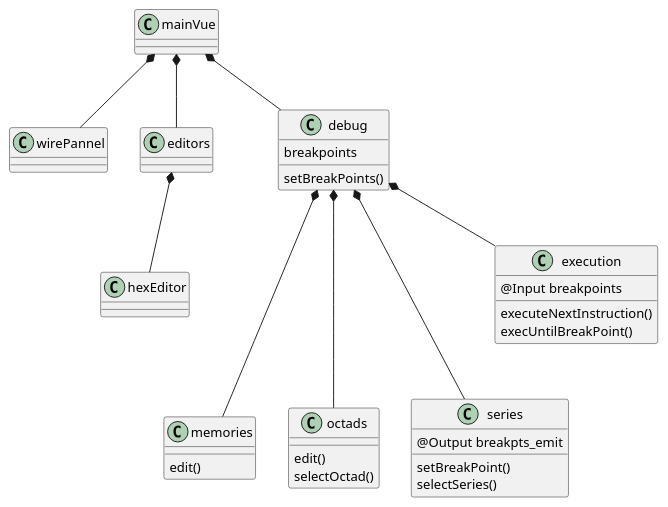
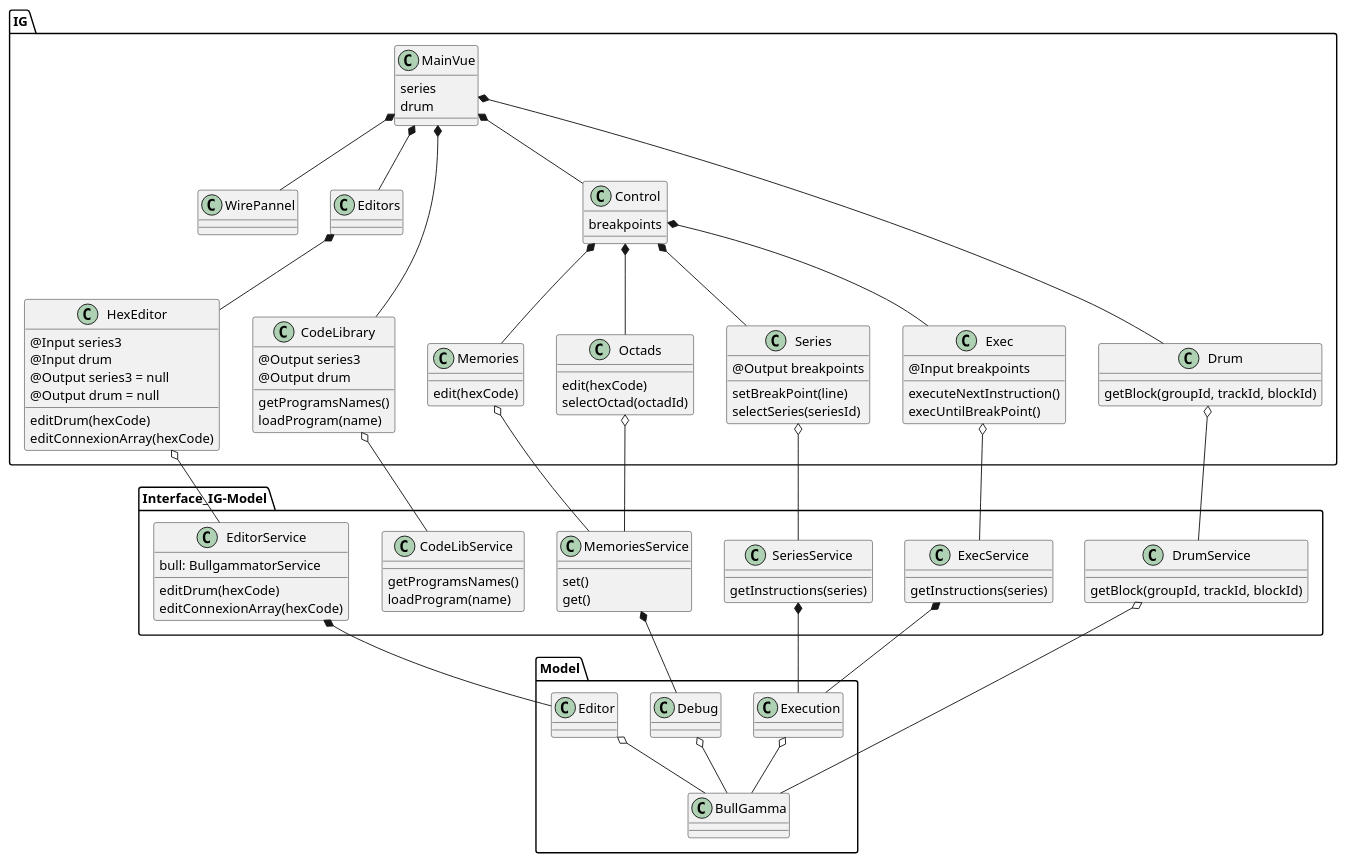
Before and after one commit to lutrampal/bullgammator: the diagram in docs/UI_archi.puml, drawn with PlantUML. The commit also changed 8 other files, not shown here.

```diff
--- a/docs/UI_archi.puml
+++ b/docs/UI_archi.puml
@@ -1,47 +1,127 @@
 @startuml
-class mainVue {
+
+package IG {
+	class MainVue {
+		series
+		drum
+	}
+
+	class WirePannel {
+	}
+	MainVue *-- WirePannel
+
+	class Editors {
+	}
+	MainVue *-- Editors
+
+	class HexEditor {
+		@Input series3
+		@Input drum
+		@Output series3 = null
+		@Output drum = null
+		editDrum(hexCode)
+		editConnexionArray(hexCode)
+	}
+	Editors *-- HexEditor
+
+	class CodeLibrary {
+		@Output series3
+		@Output drum
+		getProgramsNames()
+		loadProgram(name)
+	}
+	MainVue *--- CodeLibrary
+
+	class Control {
+		breakpoints
+	}
+	MainVue *-- Control
+
+	class Memories {
+		edit(hexCode)
+	}
+	Control *-- Memories
+
+	class Octads {
+		edit(hexCode)
+		selectOctad(octadId)
+	}
+	Control *-- Octads
+
+	class Series {
+		@Output breakpoints
+		setBreakPoint(line)
+		selectSeries(seriesId)
+	}
+	Control *-- Series
+
+	class Exec {
+		@Input breakpoints
+		executeNextInstruction()
+		execUntilBreakPoint()
+	}
+	Control *-- Exec
+
+	class Drum {
+		getBlock(groupId, trackId, blockId)
+	}
+	MainVue *--- Drum
 }
 
-class wirePannel {
+package Interface_IG-Model {
+	class EditorService {
+		bull: BullgammatorService
+		editDrum(hexCode)
+		editConnexionArray(hexCode)
+	}
+	HexEditor o-- EditorService
+
+	class CodeLibService {
+		getProgramsNames()
+		loadProgram(name)
+	}
+	CodeLibrary o-- CodeLibService
+
+	class MemoriesService {
+		set()
+		get()
+	}
+	Octads o-- MemoriesService
+	Memories o-- MemoriesService
+
+	class SeriesService {
+		getInstructions(series)
+	}
+	Series o-- SeriesService
+
+	class ExecService {
+		getInstructions(series)
+	}
+	Exec o-- ExecService
+
+	class DrumService {
+		getBlock(groupId, trackId, blockId)
+	}
+	Drum o-- DrumService
 }
-mainVue *-- wirePannel
 
-class editors {
+package Model {
+  class Editor {
+  }
+	EditorService *-- Editor
+  Editor o-- BullGamma
+
+  class Execution {
+  }
+	ExecService *-- Execution
+	SeriesService *-- Execution
+  Execution o-- BullGamma
+
+  class Debug {
+  }
+	MemoriesService *-- Debug
+  DrumService o-- BullGamma
+  Debug o-- BullGamma
 }
-mainVue *-- editors
 
-class hexEditor {
-}
-editors *-- hexEditor
-
-class debug {
-  breakpoints
-  setBreakPoints()
-}
-mainVue *-- debug
-
-class memories {
-  edit()
-}
-debug *--- memories
-
-class octads {
-  edit()
-  selectOctad()
-}
-debug *--- octads
-
-class series {
-  @Output breakpts_emit
-  setBreakPoint()
-  selectSeries()
-}
-debug *--- series
-
-class execution {
-  @Input breakpoints
-  executeNextInstruction()
-  execUntilBreakPoint()
-}
-debug *-- execution
 @enduml
```
